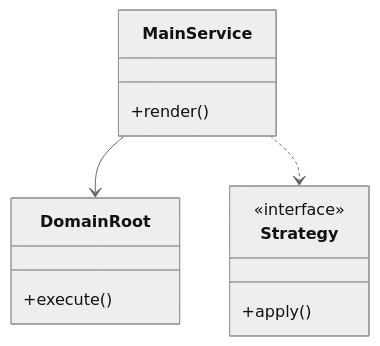
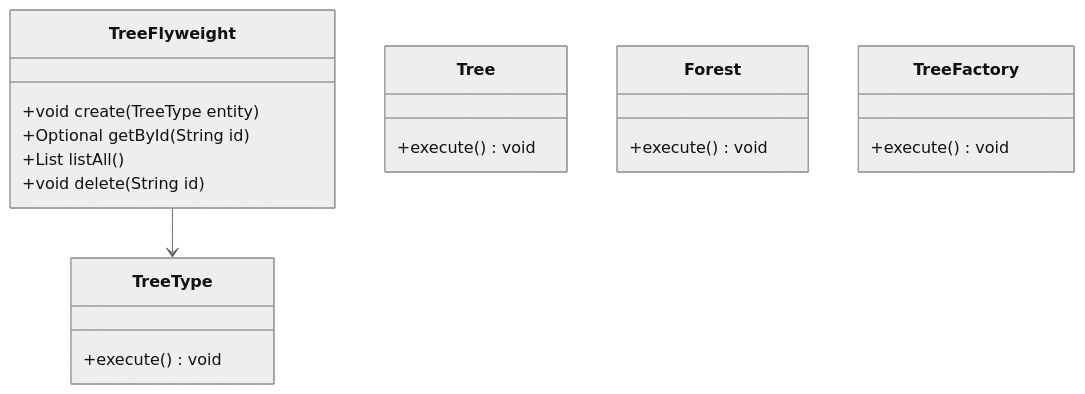
The first of 3 diagrams in Learn/System Design - Low Level Design/03-design-patterns/questions/Q21-flyweight-forest.md (madhupaila/Interview-Prep-SSE), drawn with Mermaid (neutral theme) before and after one commit. The commit also changed other lines of this file and 491 other files, not shown here.

````diff
--- a/Learn/System Design - Low Level Design/03-design-patterns/questions/Q21-flyweight-forest.md
+++ b/Learn/System Design - Low Level Design/03-design-patterns/questions/Q21-flyweight-forest.md
@@ -74,15 +91,22 @@
 ```mermaid
 classDiagram
-    class MainService {
-        +render()
+    class TreeFlyweight {
+        +void create(TreeType entity)
+        +Optional<TreeType> getById(String id)
+        +List<TreeType> listAll()
+        +void delete(String id)
     }
-    class DomainRoot {
-        +execute()
+    class TreeType {
+        +execute() void
     }
-    class Strategy {
-        <<interface>>
-        +apply()
+    class Tree {
+        +execute() void
     }
-    MainService --> DomainRoot
-    MainService ..> Strategy
+    class Forest {
+        +execute() void
+    }
+    class TreeFactory {
+        +execute() void
+    }
+    TreeFlyweight --> TreeType
 ```
````
